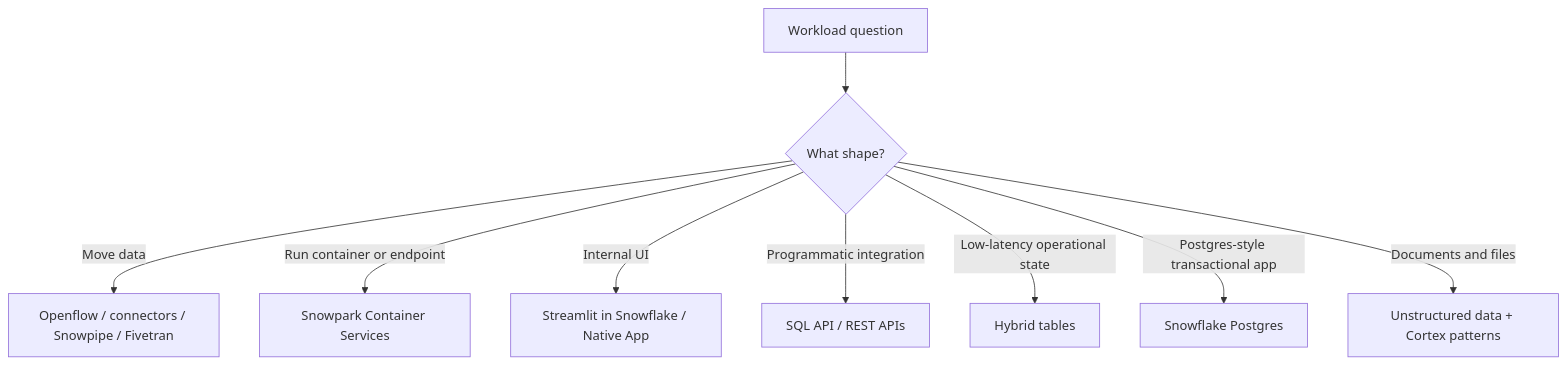
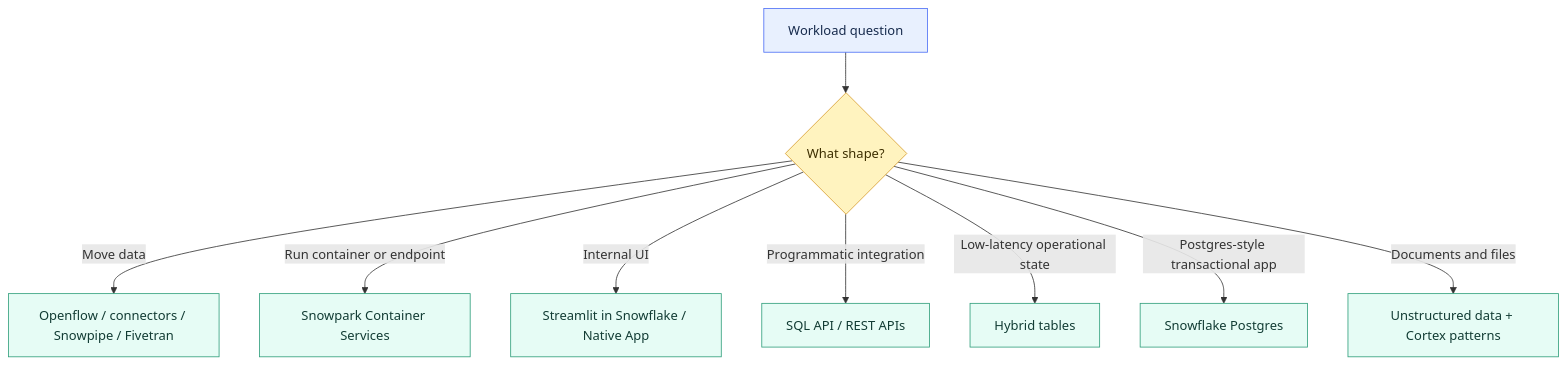
The diagram in 01 Snowflake/08 Enterprise Snowflake in Production/57 Platform Extensions and Operational Workloads.md (shonningsoy/Upskill), drawn with Mermaid before and after one commit. The commit also changed other lines of this file and 6 other files, not shown here.

````diff
--- a/01 Snowflake/08 Enterprise Snowflake in Production/57 Platform Extensions and Operational Workloads.md
+++ b/01 Snowflake/08 Enterprise Snowflake in Production/57 Platform Extensions and Operational Workloads.md
@@ -65,11 +66,21 @@
 ```mermaid
 flowchart TD
     W["Workload question"] --> I{"What shape?"}
     I -->|Move data| O["Openflow / connectors / Snowpipe / Fivetran"]
     I -->|Run container or endpoint| S["Snowpark Container Services"]
     I -->|Internal UI| ST["Streamlit in Snowflake / Native App"]
     I -->|Programmatic integration| API["SQL API / REST APIs"]
     I -->|Low-latency operational state| H["Hybrid tables"]
     I -->|Postgres-style transactional app| P["Snowflake Postgres"]
     I -->|Documents and files| U["Unstructured data + Cortex patterns"]
+
+    classDef input fill:#E8F0FE,stroke:#4C6EF5,color:#172B4D
+    classDef control fill:#FFF3BF,stroke:#D69E2E,color:#3D2E00
+    classDef snowflake fill:#E6FCF5,stroke:#2F9E7B,color:#123C34
+    classDef platform fill:#F1F3F5,stroke:#868E96,color:#212529
+    classDef output fill:#F3E8FF,stroke:#805AD5,color:#2D1B4E
+
+    class W input
+    class I control
+    class O,S,ST,API,H,P,U snowflake
 ```
````
